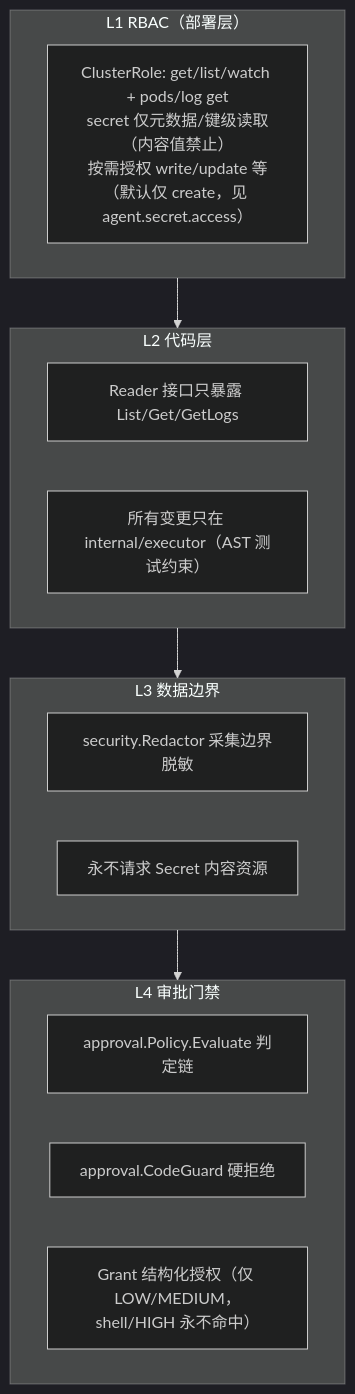
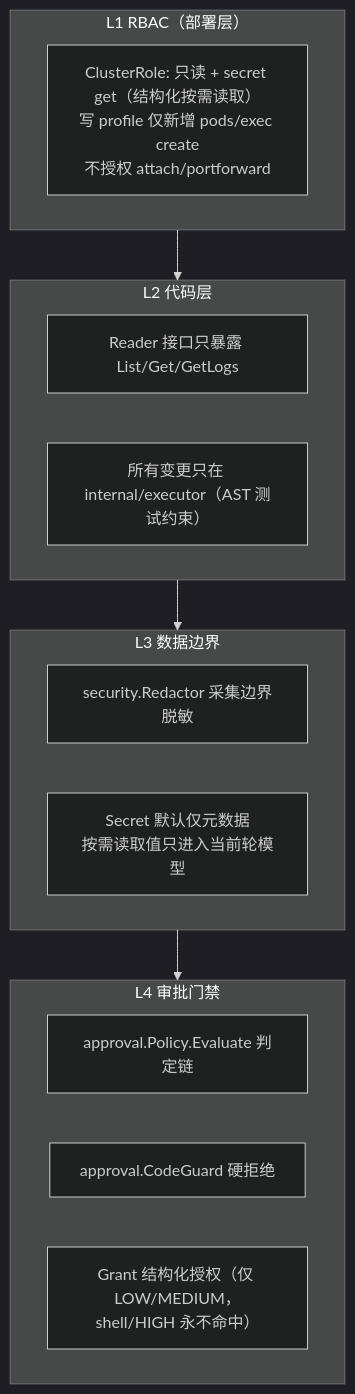
Before and after one commit to markguo123/k8s-ai: the diagram in docs/02-架构与设计/08-安全设计.md, drawn with Mermaid (dark theme). The commit also changed other lines of this file and 62 other files, not shown here.

````diff
--- a/docs/02-架构与设计/08-安全设计.md
+++ b/docs/02-架构与设计/08-安全设计.md
@@ -47,20 +52,20 @@
 ```mermaid
 flowchart TB
     subgraph L1["L1 RBAC（部署层）"]
-        RBAC["ClusterRole: get/list/watch + pods/log get<br/>secret 仅元数据/键级读取（内容值禁止）<br/>按需授权 write/update 等（默认仅 create，见 agent.secret.access）"]
+        RBAC["ClusterRole: 只读 + secret get（结构化按需读取）<br/>写 profile 仅新增 pods/exec create<br/>不授权 attach/portforward"]
     end
     subgraph L2["L2 代码层"]
         RDR["Reader 接口只暴露 List/Get/GetLogs"]
         WRITE["所有变更只在 internal/executor（AST 测试约束）"]
     end
     subgraph L3["L3 数据边界"]
         SEC["security.Redactor 采集边界脱敏"]
-        NEVER["永不请求 Secret 内容资源"]
+        NEVER["Secret 默认仅元数据<br/>按需读取值只进入当前轮模型"]
     end
     subgraph L4["L4 审批门禁"]
         PP["approval.Policy.Evaluate 判定链"]
         CG["approval.CodeGuard 硬拒绝"]
         GR["Grant 结构化授权（仅 LOW/MEDIUM，shell/HIGH 永不命中）"]
     end
     L1 --> L2 --> L3 --> L4
 ```
````
